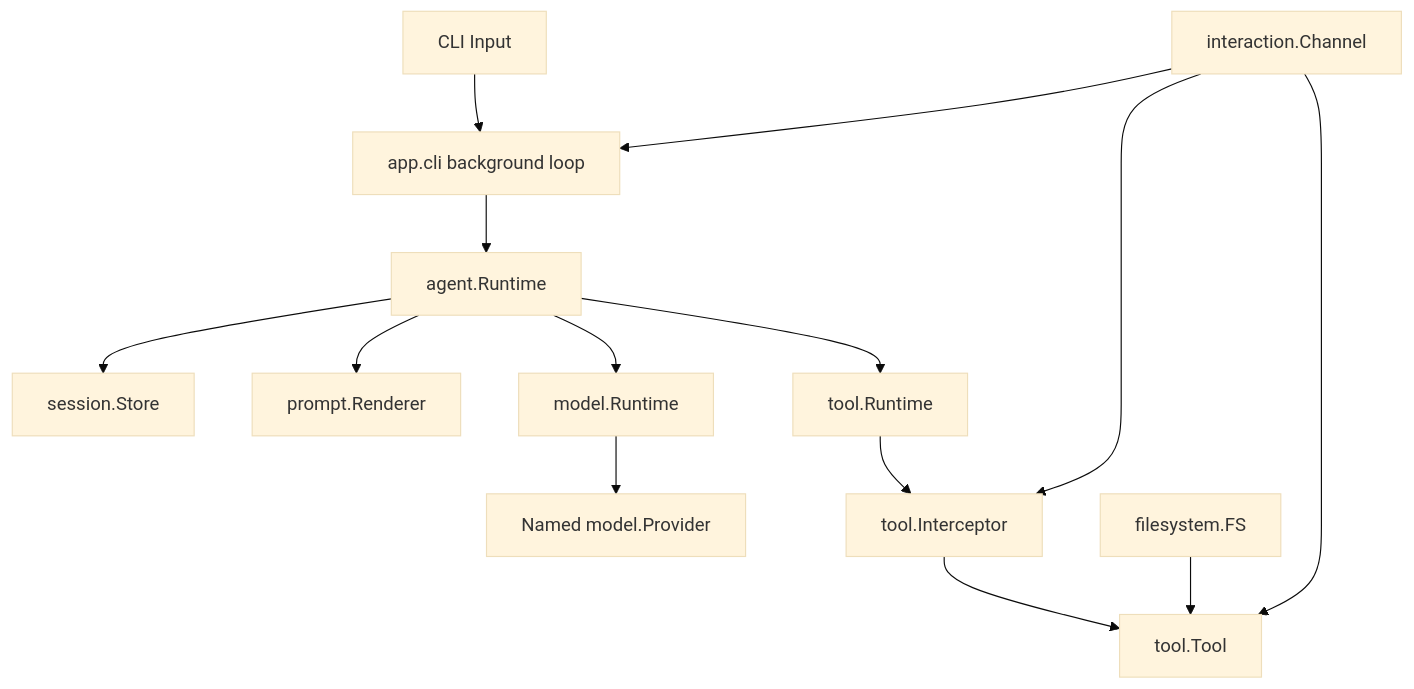
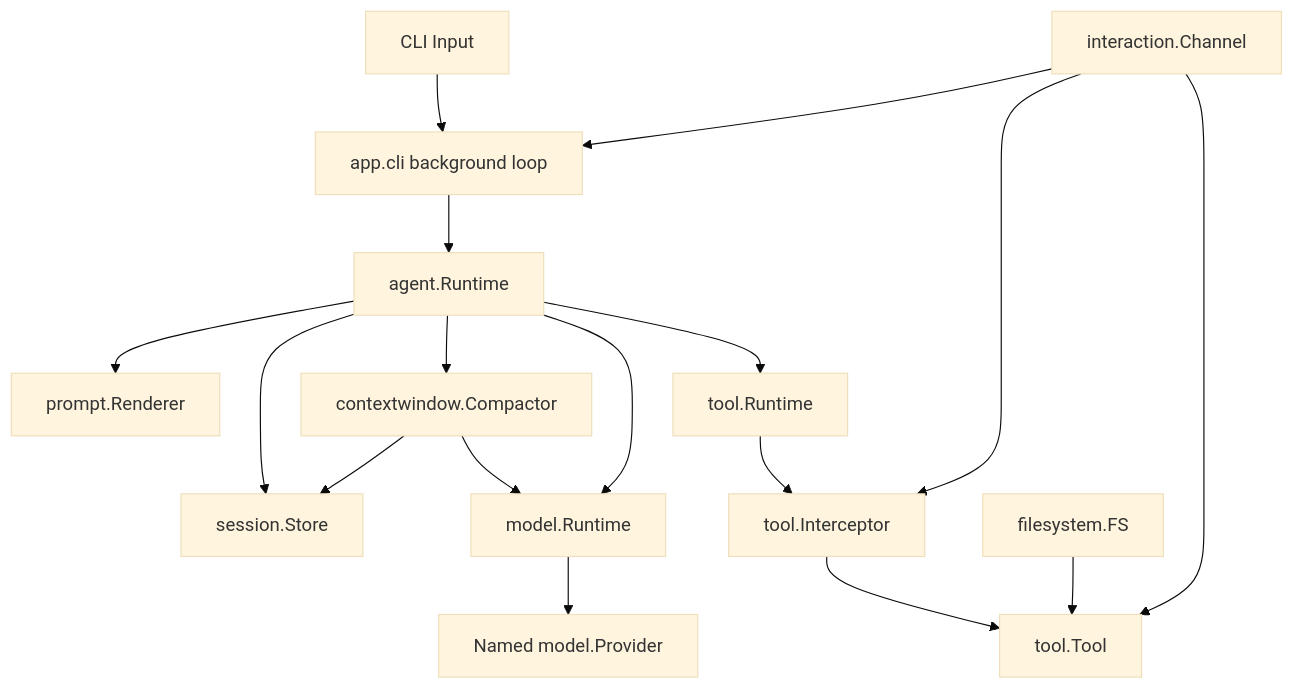
The ninth of 9 diagrams in docs/ingot_SDK_v0.1_设计方案.md (ingot-agent/ingot), drawn with Mermaid (base theme) before and after one commit. The commit also changed other lines of this file and 5 other files, not shown here.

````diff
--- a/docs/ingot_SDK_v0.1_设计方案.md
+++ b/docs/ingot_SDK_v0.1_设计方案.md
@@ -1112,16 +1154,19 @@
 ```mermaid
 flowchart TD
     Input["CLI Input"] --> App["app.cli background loop"]
     App --> Agent["agent.Runtime"]
     Agent --> Store["session.Store"]
     Agent --> Prompt["prompt.Renderer"]
+    Agent --> Compactor["contextwindow.Compactor"]
+    Compactor --> Store
+    Compactor --> Model
     Agent --> Model["model.Runtime"]
     Model --> Provider["Named model.Provider"]
     Agent --> Tools["tool.Runtime"]
     Tools --> Interceptor["tool.Interceptor"]
     Interceptor --> Tool["tool.Tool"]
     FS["filesystem.FS"] --> Tool
     Interaction["interaction.Channel"] --> App
     Interaction --> Tool
     Interaction --> Interceptor
 ```
````
